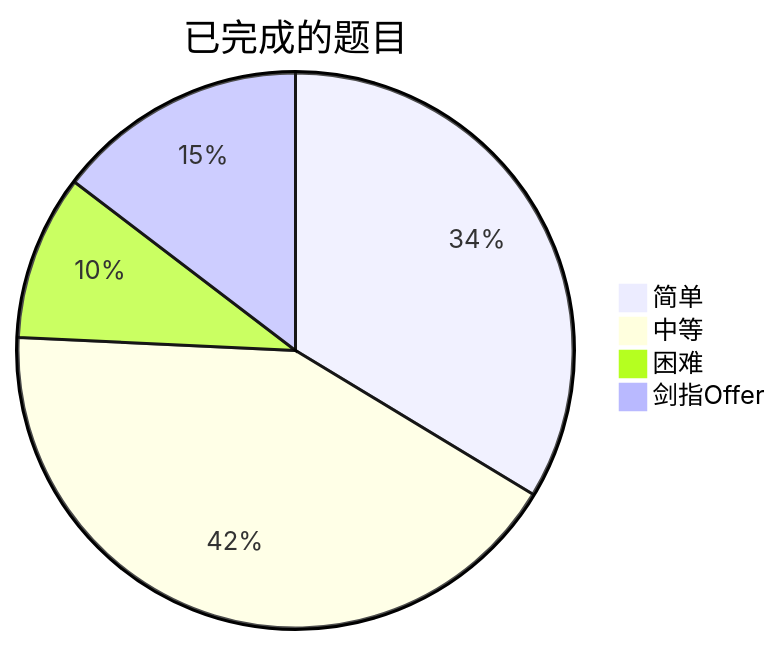
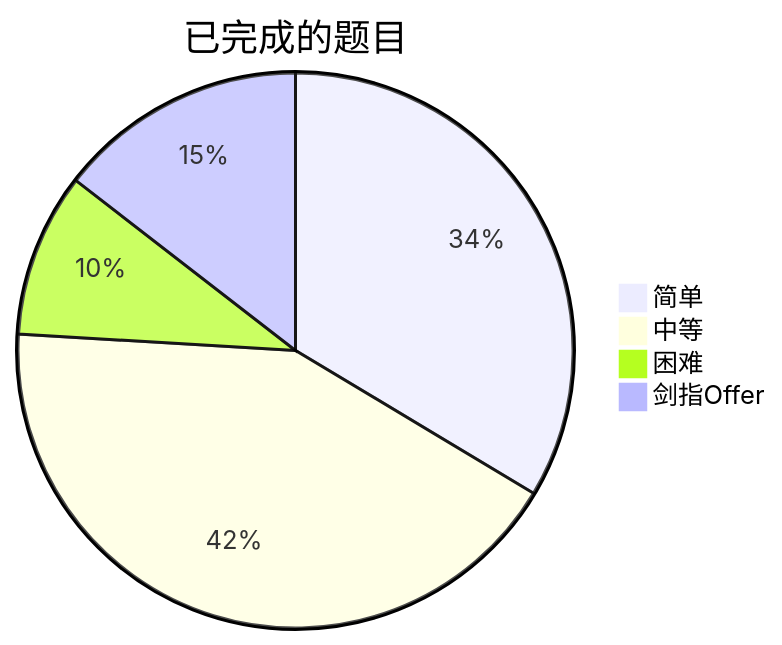
One commit to kaisa911/LeetCode changed the diagram in README.md. Above: the diagram before and after it, drawn with Mermaid. The commit also changed other lines of this file and 15 other files, not shown here.

````diff
--- a/README.md
+++ b/README.md
@@ -9,7 +9,7 @@
 ```mermaid
 pie title 已完成的题目
-    "简单" : 168
-    "中等" : 210
+    "简单" : 169
+    "中等" : 213
     "困难" : 48
     "剑指Offer" : 73
 ```
````
